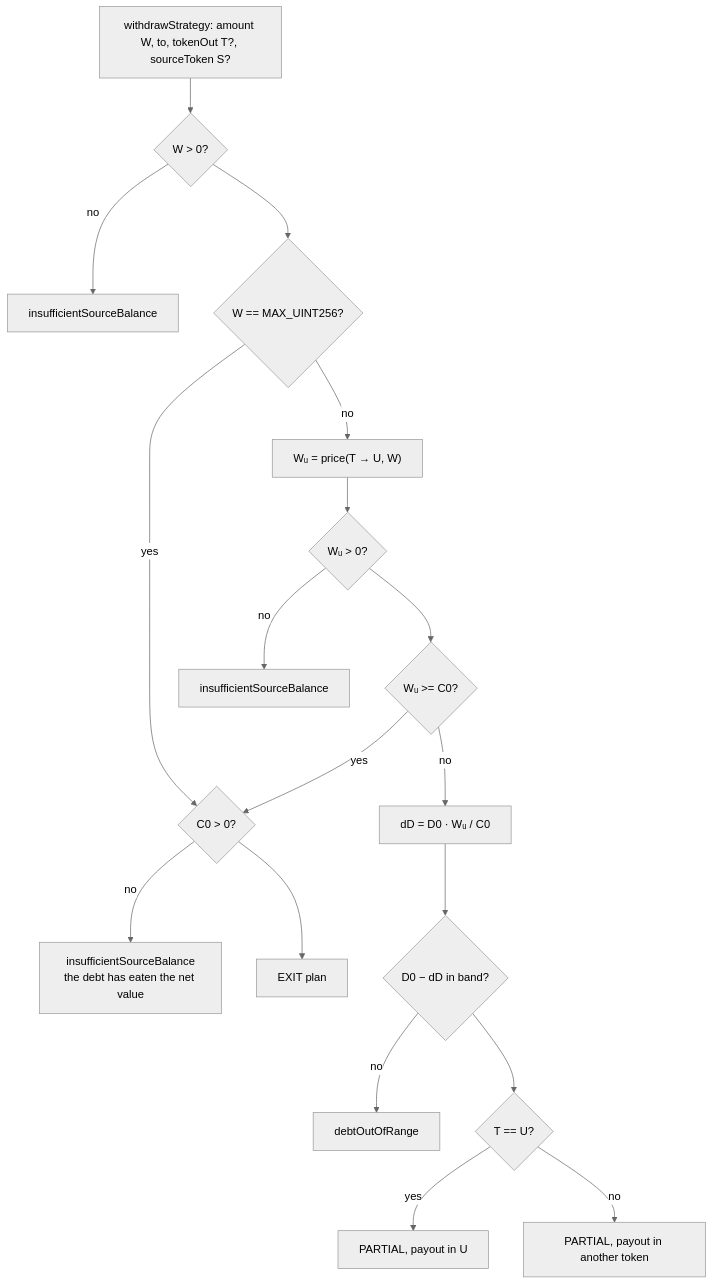
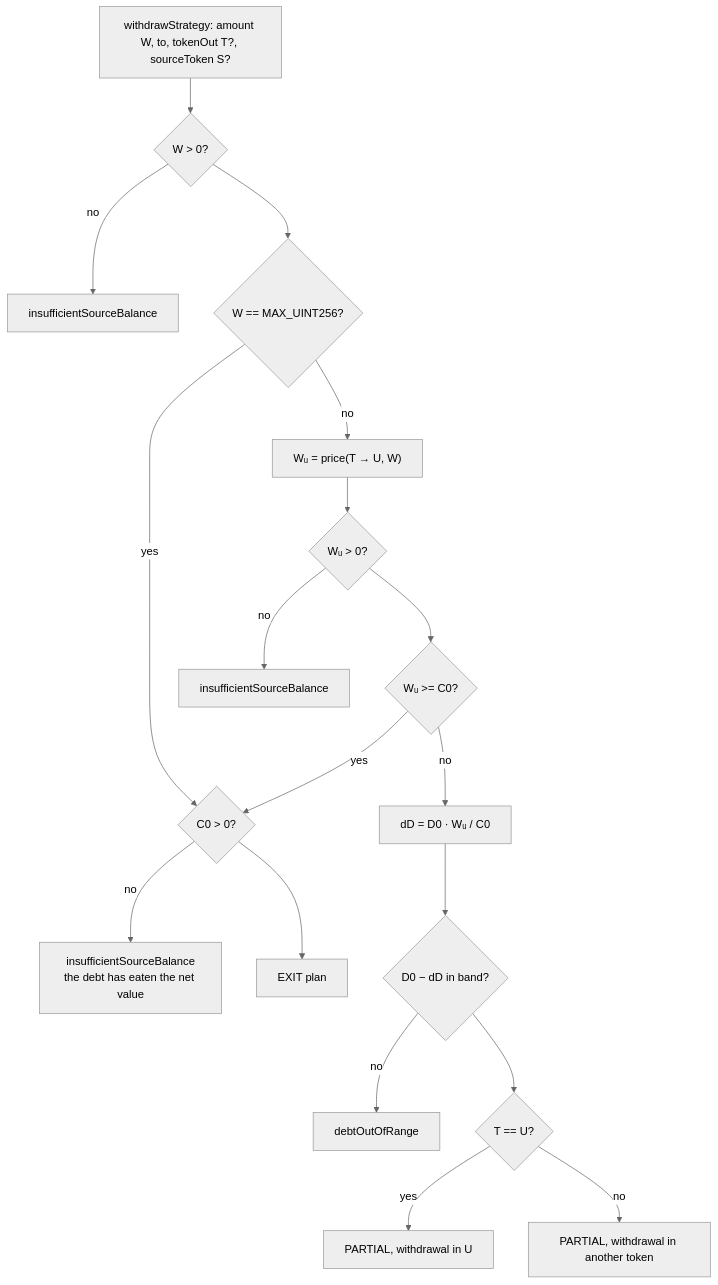
The second of 5 diagrams in docs/intents/withdraw.md (Gearbox-protocol/sdk), drawn with Mermaid (neutral theme) before and after one commit. The commit also changed other lines of this file and 53 other files, not shown here.

````diff
--- a/docs/intents/withdraw.md
+++ b/docs/intents/withdraw.md
@@ -42,32 +42,32 @@
 ```mermaid
 flowchart TD
   in["withdrawStrategy: amount W, to, tokenOut T?, sourceToken S?"]
   pos{"W > 0?"}
   max{"W == MAX_UINT256?"}
   wu["Wᵤ = price(T → U, W)"]
   pr{"Wᵤ > 0?"}
   net{"Wᵤ >= C0?"}
   hasv{"C0 > 0?"}
   dd["dD = D0 · Wᵤ / C0"]
   band{"D0 − dD in band?"}
   tu{"T == U?"}
   exit["EXIT plan"]
-  p1["PARTIAL, payout in U"]
-  p2["PARTIAL, payout in another token"]
+  p1["PARTIAL, withdrawal in U"]
+  p2["PARTIAL, withdrawal in another token"]
 
   in --> pos
   pos -->|"no"| e1["insufficientSourceBalance"]
   pos --> max
   max -->|"yes"| hasv
   max -->|"no"| wu --> pr
   pr -->|"no"| e2["insufficientSourceBalance"]
   pr --> net
   net -->|"yes"| hasv
   hasv -->|"no"| e3["insufficientSourceBalance<br/>the debt has eaten the net value"]
   hasv --> exit
   net -->|"no"| dd --> band
   band -->|"no"| e4["debtOutOfRange"]
   band --> tu
   tu -->|"yes"| p1
   tu -->|"no"| p2
 ```
````
